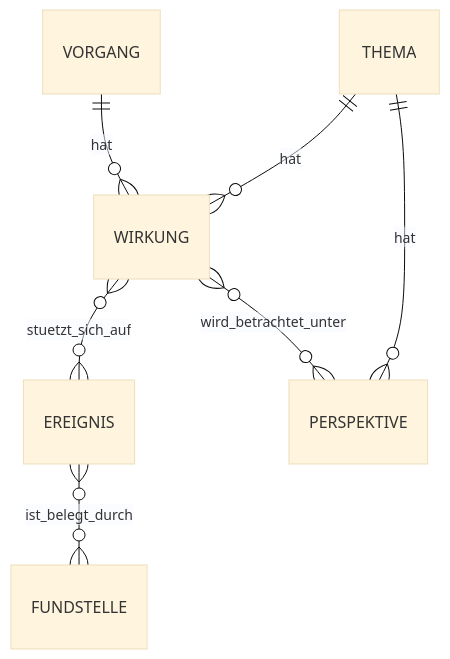
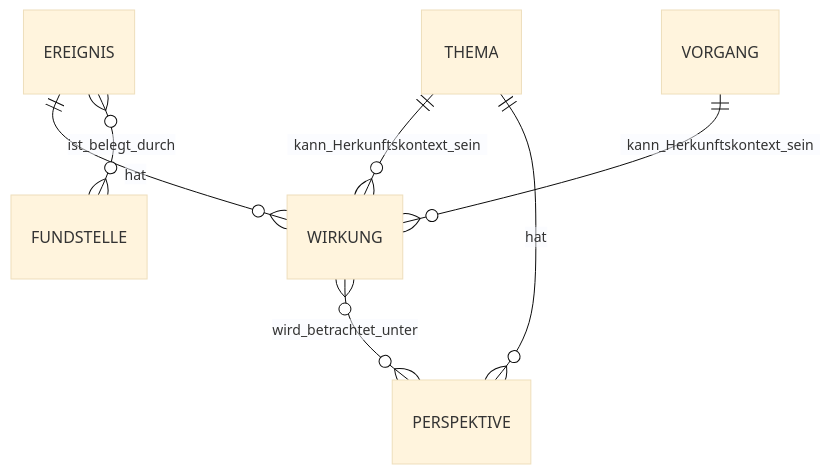
The diagram in docs/Wirkungsmodell.md (PustefixReisen/fib-echtsystem), drawn with Mermaid (base theme) before and after one commit. The commit also changed other lines of this file, not shown here.

````diff
--- a/docs/Wirkungsmodell.md
+++ b/docs/Wirkungsmodell.md
@@ -45,11 +47,9 @@
 ```mermaid
 erDiagram
-    VORGANG ||--o{ WIRKUNG : hat
-    THEMA ||--o{ WIRKUNG : hat
-
-    WIRKUNG }o--o{ EREIGNIS : stuetzt_sich_auf
-    EREIGNIS }o--o{ FUNDSTELLE : ist_belegt_durch
-
+    EREIGNIS ||--o{ WIRKUNG : hat
+    VORGANG ||--o{ WIRKUNG : kann_Herkunftskontext_sein
+    THEMA ||--o{ WIRKUNG : kann_Herkunftskontext_sein
     THEMA ||--o{ PERSPEKTIVE : hat
     WIRKUNG }o--o{ PERSPEKTIVE : wird_betrachtet_unter
+    EREIGNIS }o--o{ FUNDSTELLE : ist_belegt_durch
 ```
````
